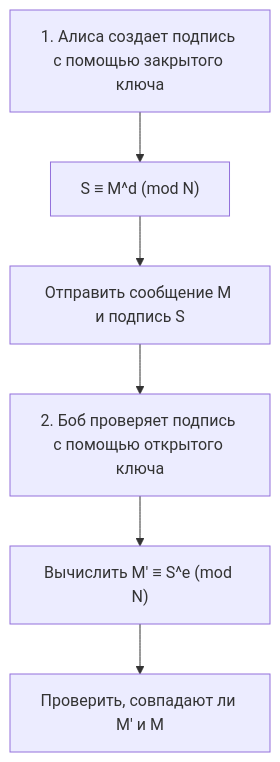
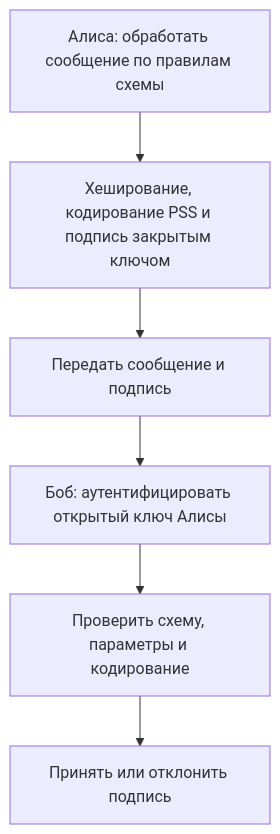
One commit to kenjinote/blog changed the third of 3 diagrams in content/post/rsa暗号の仕組みを高校生でもわかるように説明する/index.ru.md. Above: the diagram before and after it, drawn with Mermaid. The commit also changed other lines of this file and 5 other files, not shown here.

````diff
--- a/content/post/rsa暗号の仕組みを高校生でもわかるように説明する/index.ru.md
+++ b/content/post/rsa暗号の仕組みを高校生でもわかるように説明する/index.ru.md
@@ -291,9 +169,8 @@
 ```mermaid
 flowchart TD
-    A1["1. Алиса создает подпись с помощью закрытого ключа"] --> A2["S ≡ M^d (mod N)"]
-    A2 --> A3["Отправить сообщение M и подпись S"]
-    
-    A3 --> B1["2. Боб проверяет подпись с помощью открытого ключа"]
-    B1 --> B2["Вычислить M' ≡ S^e (mod N)"]
-    B2 --> B3["Проверить, совпадают ли M' и M"]
+    A1["Алиса: обработать сообщение по правилам схемы"] --> A2["Хеширование, кодирование PSS и подпись закрытым ключом"]
+    A2 --> A3["Передать сообщение и подпись"]
+    A3 --> B1["Боб: аутентифицировать открытый ключ Алисы"]
+    B1 --> B2["Проверить схему, параметры и кодирование"]
+    B2 --> B3["Принять или отклонить подпись"]
 ```
````
